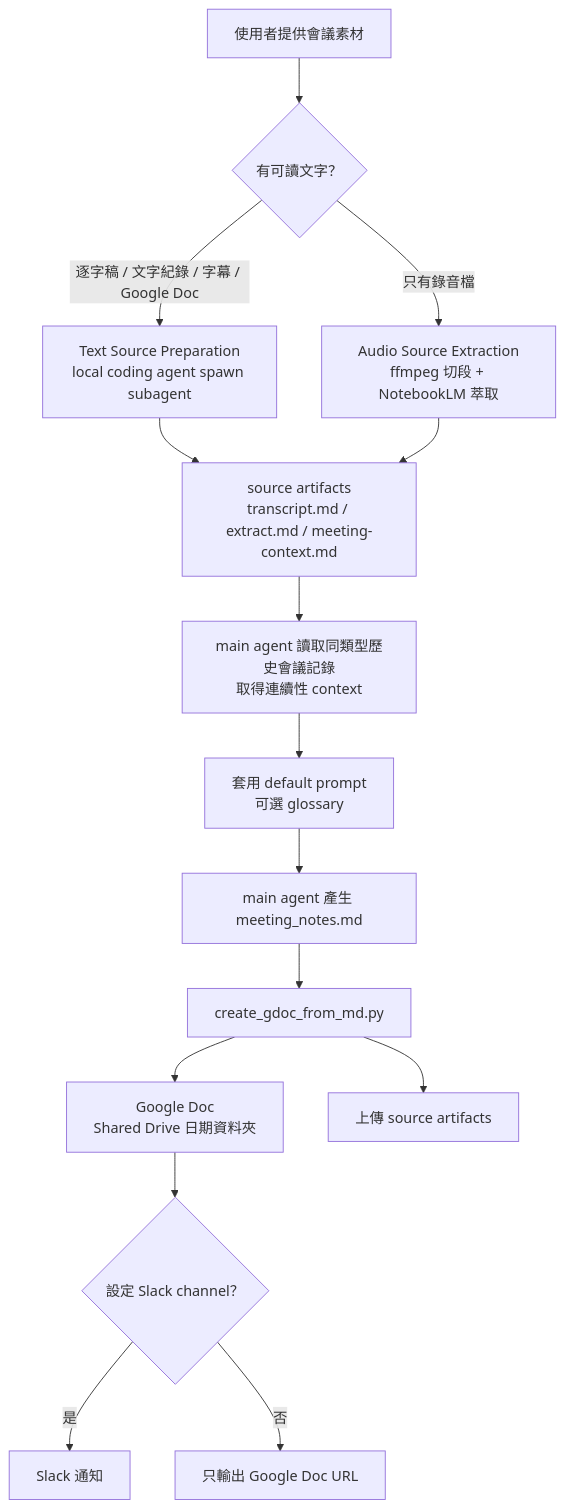
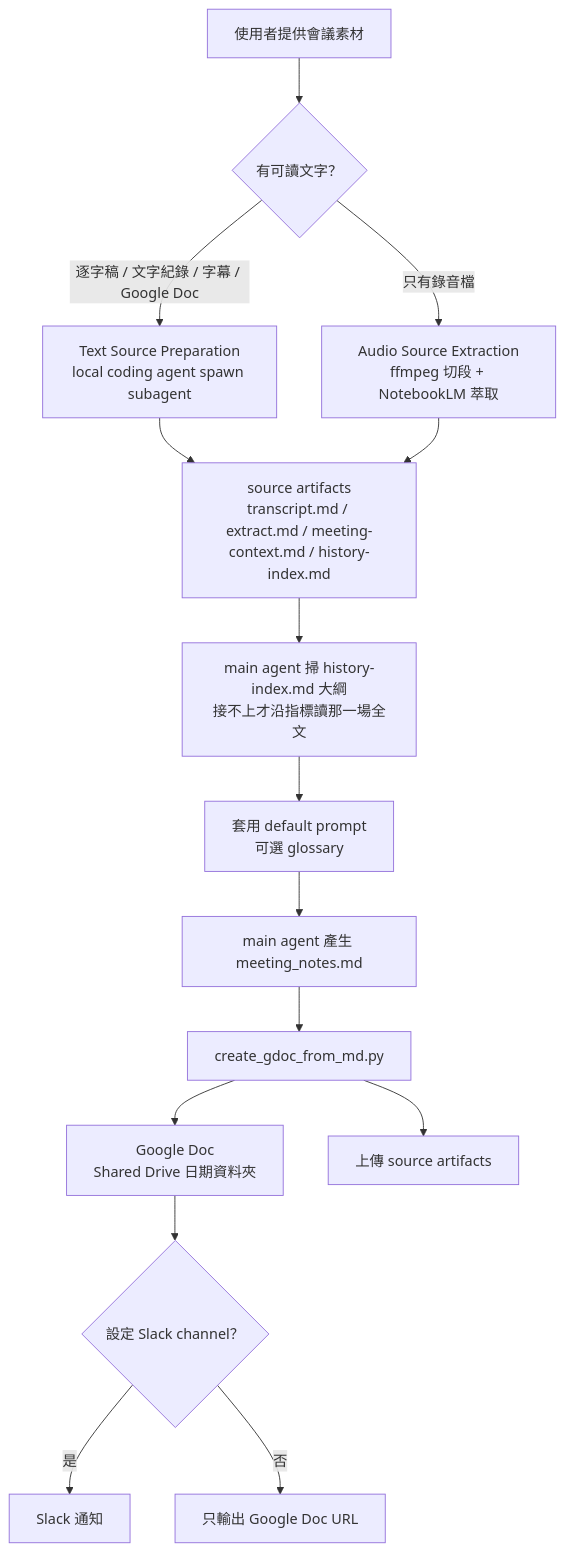
The diagram in skills/comms/generate-meeting-notes/README.md (fredrick84823/fstack), drawn with Mermaid before and after one commit. The commit also changed other lines of this file and 1 other file, not shown here.

First line of the commit message:
refactor(generate-meeting-notes): 流程 C 的歷史記錄從散文改成交棒契約

````diff
--- a/skills/comms/generate-meeting-notes/README.md
+++ b/skills/comms/generate-meeting-notes/README.md
@@ -9,17 +9,17 @@
 ```mermaid
 flowchart TD
   A["使用者提供會議素材"] --> B{"有可讀文字？"}
   B -->|逐字稿 / 文字紀錄 / 字幕 / Google Doc| C["Text Source Preparation<br/>local coding agent spawn subagent"]
   B -->|只有錄音檔| D["Audio Source Extraction<br/>ffmpeg 切段 + NotebookLM 萃取"]
-  C --> E["source artifacts<br/>transcript.md / extract.md / meeting-context.md"]
-  D --> E["source artifacts<br/>transcript.md / extract.md / meeting-context.md"]
-  E --> F["main agent 讀取同類型歷史會議記錄<br/>取得連續性 context"]
+  C --> E["source artifacts<br/>transcript.md / extract.md / meeting-context.md / history-index.md"]
+  D --> E["source artifacts<br/>transcript.md / extract.md / meeting-context.md / history-index.md"]
+  E --> F["main agent 掃 history-index.md 大綱<br/>接不上才沿指標讀那一場全文"]
   F --> G["套用 default prompt<br/>可選 glossary"]
   G --> H["main agent 產生 meeting_notes.md"]
   H --> I["create_gdoc_from_md.py"]
   I --> J["Google Doc<br/>Shared Drive 日期資料夾"]
   I --> K["上傳 source artifacts"]
   J --> L{"設定 Slack channel？"}
   L -->|是| M["Slack 通知"]
   L -->|否| N["只輸出 Google Doc URL"]
 ```
````
